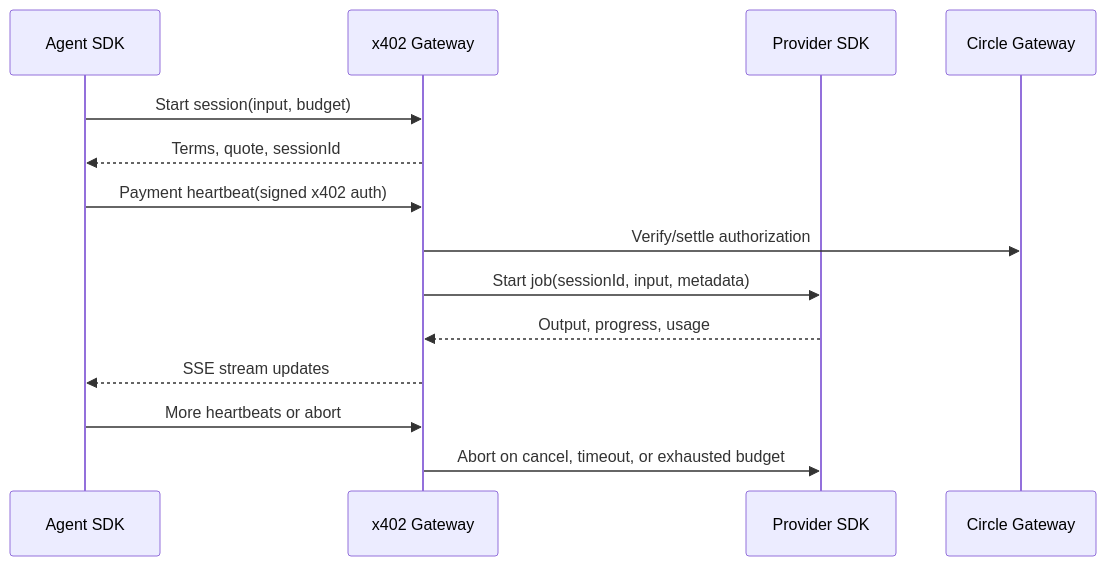
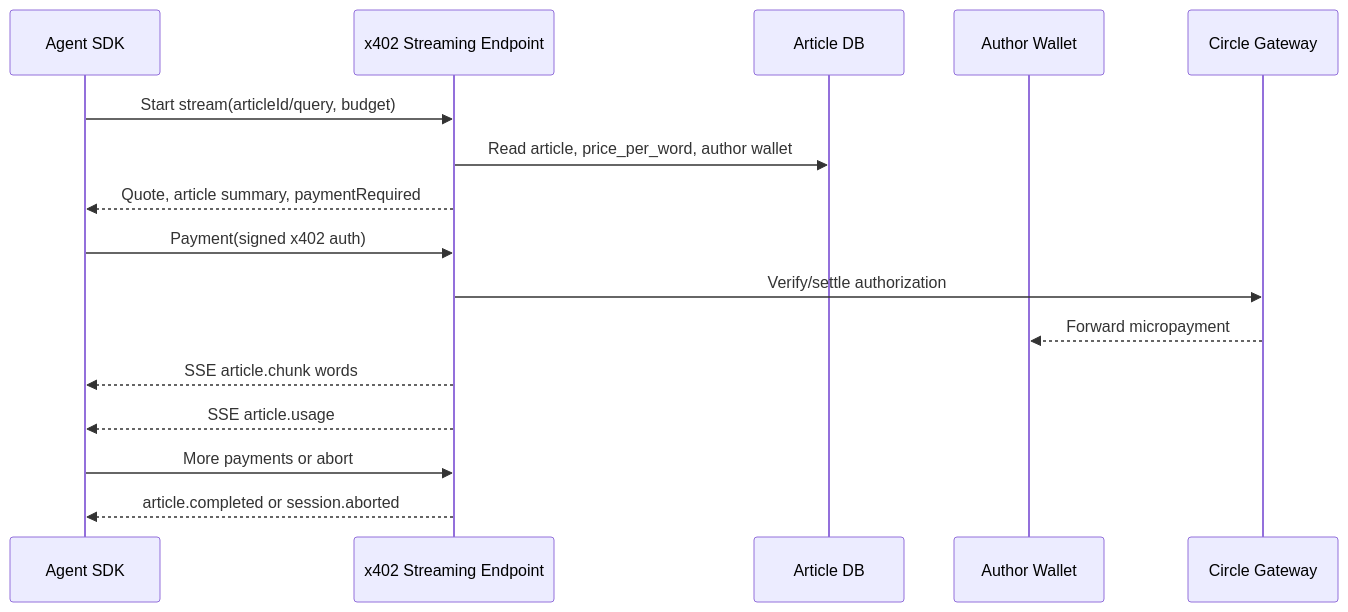
Before and after one commit to michaelzoub/rubicon: the diagram in docs/architecture.md, drawn with Mermaid. The commit also changed other lines of this file and 29 other files, not shown here.

Commit message:
feat(architecture): removed provider endpoint, communication now only happens between buyer and seller agents. if x402 purchase confirms then stream is opened until buyer agent is satisfied or buyer agent runs out of credits.

````diff
--- a/docs/architecture.md
+++ b/docs/architecture.md
@@ -9,17 +8,19 @@
 ```mermaid
 sequenceDiagram
   participant A as Agent SDK
-  participant G as x402 Gateway
-  participant P as Provider SDK
+  participant G as x402 Streaming Endpoint
+  participant D as Article DB
+  participant W as Author Wallet
   participant C as Circle Gateway
 
-  A->>G: Start session(input, budget)
-  G-->>A: Terms, quote, sessionId
-  A->>G: Payment heartbeat(signed x402 auth)
+  A->>G: Start stream(articleId/query, budget)
+  G->>D: Read article, price_per_word, author wallet
+  G-->>A: Quote, article summary, paymentRequired
+  A->>G: Payment(signed x402 auth)
   G->>C: Verify/settle authorization
-  G->>P: Start job(sessionId, input, metadata)
-  P-->>G: Output, progress, usage
-  G-->>A: SSE stream updates
-  A->>G: More heartbeats or abort
-  G->>P: Abort on cancel, timeout, or exhausted budget
+  C-->>W: Forward micropayment
+  G-->>A: SSE article.chunk words
+  G-->>A: SSE article.usage
+  A->>G: More payments or abort
+  G-->>A: article.completed or session.aborted
 ```
````
